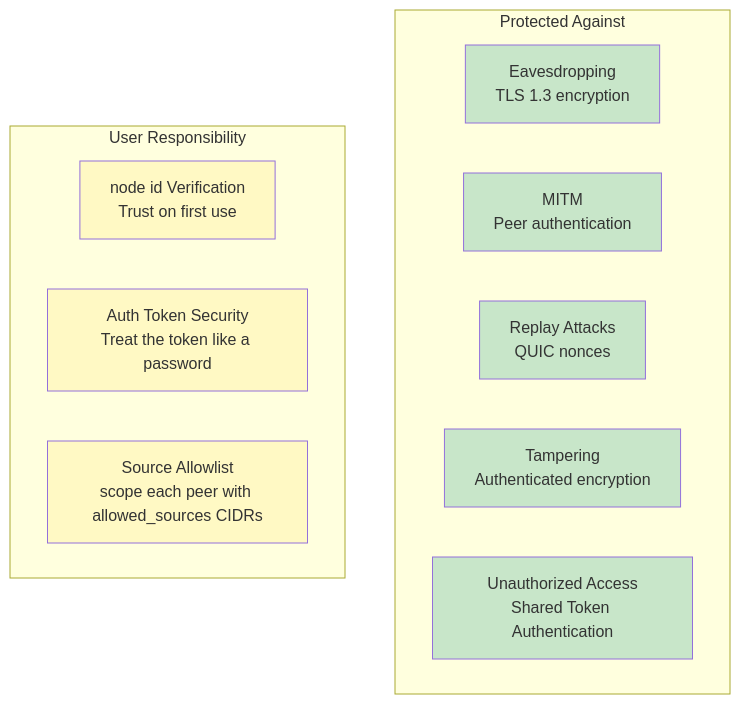
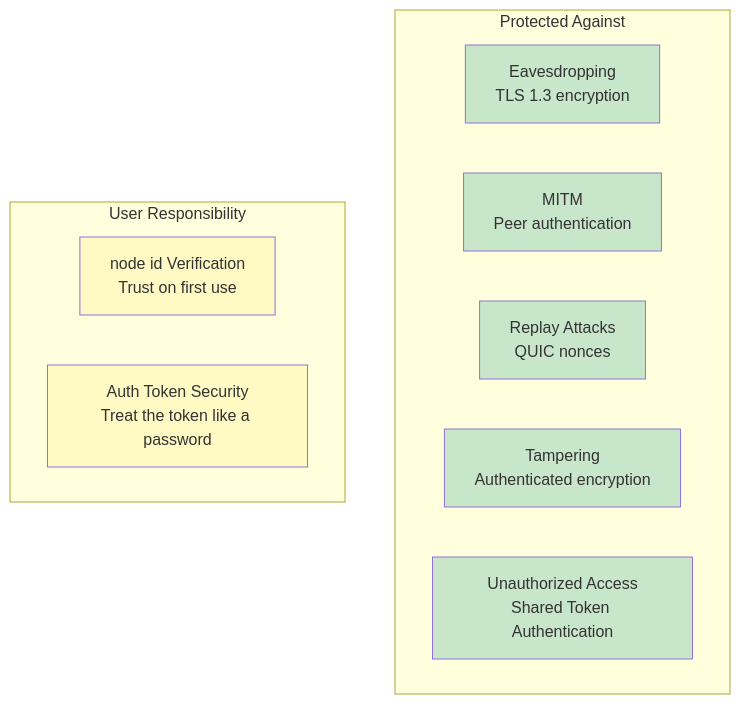
Before and after one commit to andrewtheguy/duopipe: diagram 17 of 21 in docs/ARCHITECTURE.md, drawn with Mermaid. The commit also changed other lines of this file and 12 other files, not shown here.

````diff
--- a/docs/ARCHITECTURE.md
+++ b/docs/ARCHITECTURE.md
@@ -610,26 +604,24 @@
 ```mermaid
 graph TB
     subgraph "Protected Against"
         A[Eavesdropping<br/>TLS 1.3 encryption]
         B[MITM<br/>Peer authentication]
         C[Replay Attacks<br/>QUIC nonces]
         D[Tampering<br/>Authenticated encryption]
         E2[Unauthorized Access<br/>Shared Token Authentication]
     end
 
     subgraph "User Responsibility"
         G[node id Verification<br/>Trust on first use]
         H[Auth Token Security<br/>Treat the token like a password]
-        I[Source Allowlist<br/>scope each peer with allowed_sources CIDRs]
     end
 
     style A fill:#C8E6C9
     style B fill:#C8E6C9
     style C fill:#C8E6C9
     style D fill:#C8E6C9
     style E2 fill:#C8E6C9
 
     style G fill:#FFF9C4
     style H fill:#FFF9C4
-    style I fill:#FFF9C4
 ```
````
